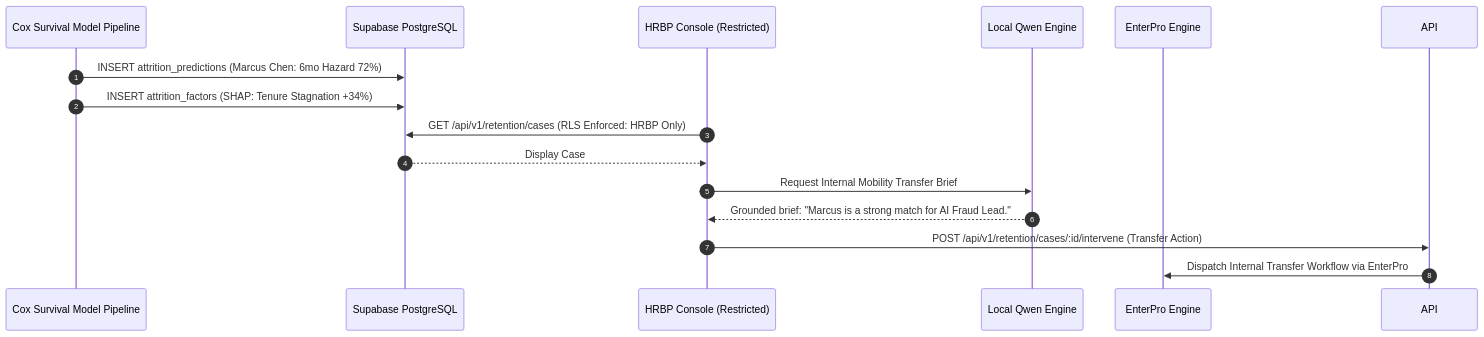
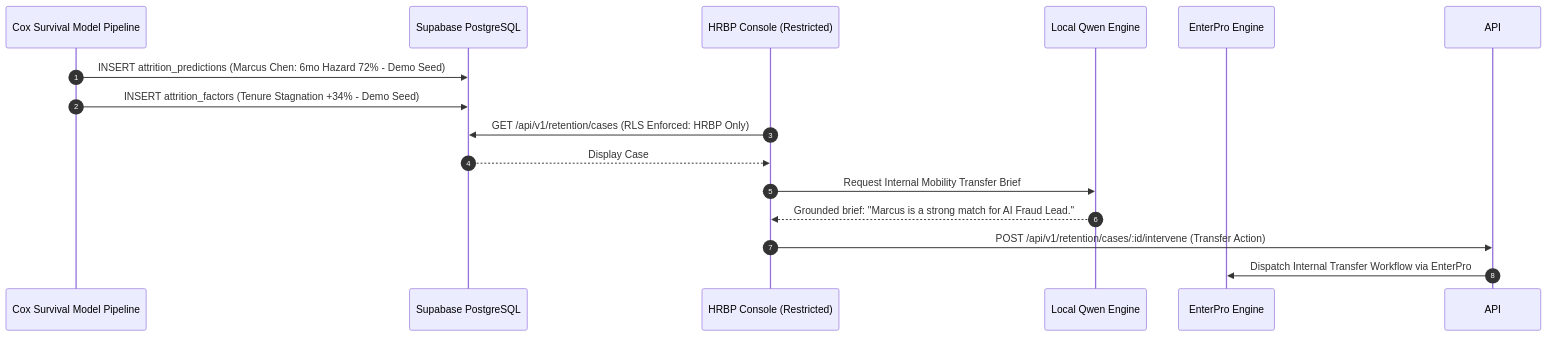
Before and after one commit to sharancode3/WorkSense: diagram 15 of 18 in docs/06-System-Architecture.md, drawn with Mermaid. The commit also changed other lines of this file and 10 other files, not shown here.

````diff
--- a/docs/06-System-Architecture.md
+++ b/docs/06-System-Architecture.md
@@ -768,18 +768,18 @@
 ```mermaid
 sequenceDiagram
     autonumber
     participant SURV as Cox Survival Model Pipeline
     participant DB as Supabase PostgreSQL
     participant HR as HRBP Console (Restricted)
     participant Q as Local Qwen Engine
     participant EP as EnterPro Engine
 
-    SURV->>DB: INSERT attrition_predictions (Marcus Chen: 6mo Hazard 72%)
-    SURV->>DB: INSERT attrition_factors (SHAP: Tenure Stagnation +34%)
+    SURV->>DB: INSERT attrition_predictions (Marcus Chen: 6mo Hazard 72% - Demo Seed)
+    SURV->>DB: INSERT attrition_factors (Tenure Stagnation +34% - Demo Seed)
     HR->>DB: GET /api/v1/retention/cases (RLS Enforced: HRBP Only)
     DB-->>HR: Display Case #402 (Marcus Chen)
     HR->>Q: Request Internal Mobility Transfer Brief
     Q-->>HR: Grounded brief: "Marcus is a strong match for AI Fraud Lead."
     HR->>API: POST /api/v1/retention/cases/:id/intervene (Transfer Action)
     API->>EP: Dispatch Internal Transfer Workflow via EnterPro
 ```
````
